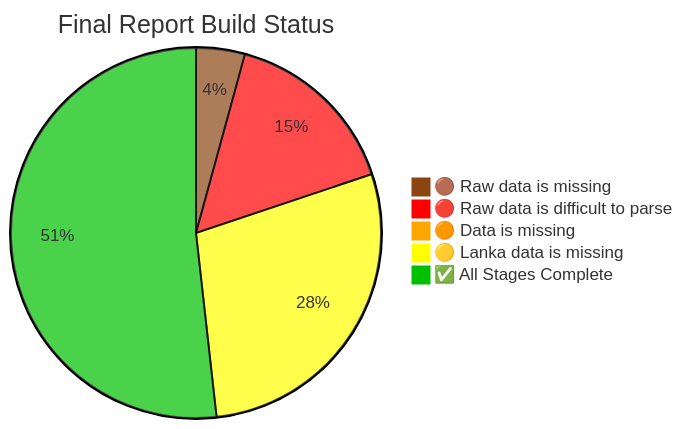
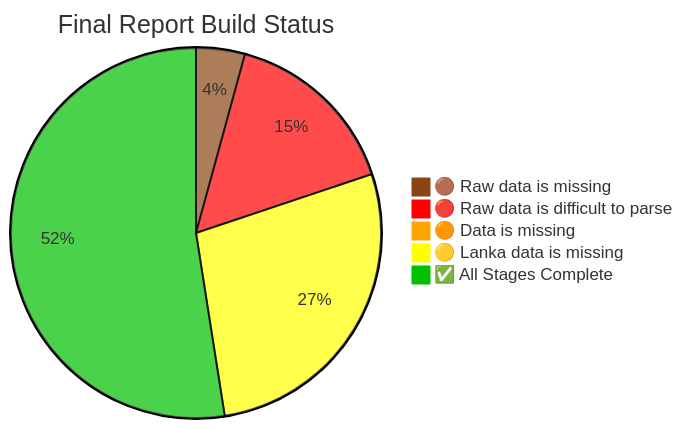
One commit to nuuuwan/lk_census_2024 changed the diagram in README.md. Above: the diagram before and after it, drawn with Mermaid. The commit also changed other lines of this file and 3 other files, not shown here.

Commit message:
Update README and JSON files for Chapter 12, correcting Myers Index data structure and adding lanka_data.json for 2024 statistics

````diff
--- a/README.md
+++ b/README.md
@@ -220,9 +220,9 @@
 ```mermaid
 %%{init: {"theme": "base", "themeVariables": {"pie1": "#8B4513", "pie2": "#FF0000", "pie3": "#FFA500", "pie4": "#FFFF00", "pie5": "#00c000"}}}%%
 pie title Final Report Build Status
 "🟤 Raw data is missing" : 6
     "🔴 Raw data is difficult to parse" : 22
     "🟠 Data is missing" : 1
-    "🟡 Lanka data is missing" : 40
-    "✅ All Stages Complete" : 73
+    "🟡 Lanka data is missing" : 39
+    "✅ All Stages Complete" : 74
 ```
````
